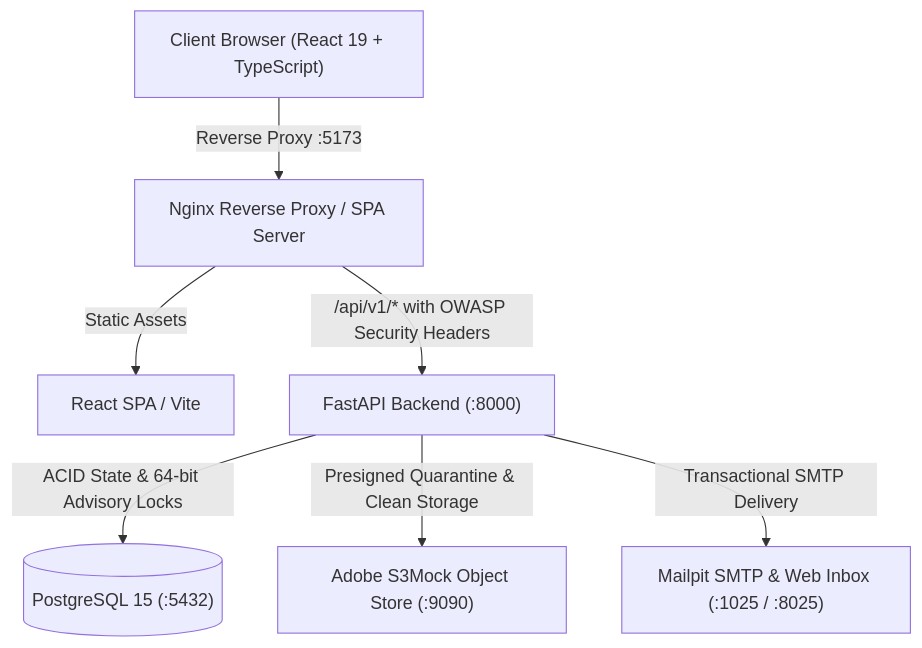
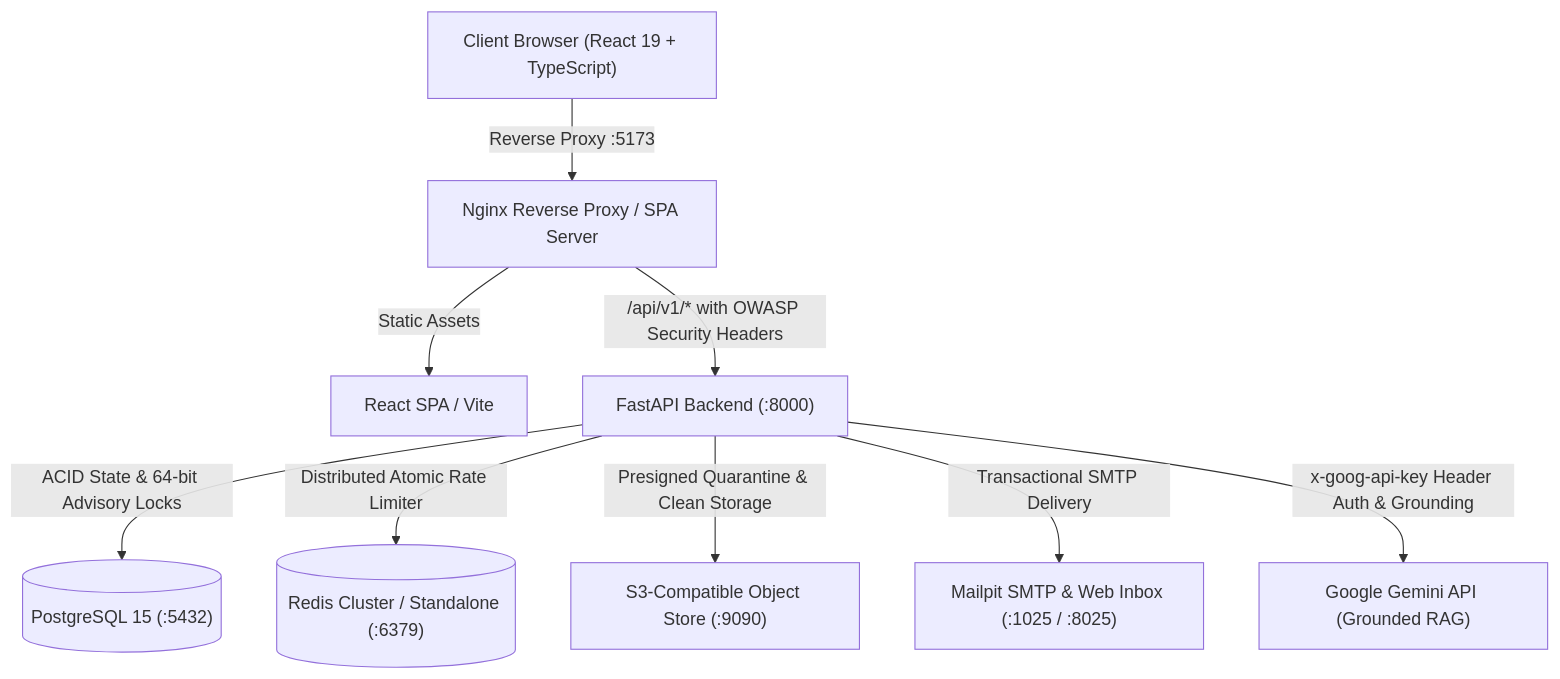
The diagram in README.md (Austin-Joshua/Learn-Flow), drawn with Mermaid before and after one commit. The commit also changed other lines of this file and 23 other files, not shown here.

````diff
--- a/README.md
+++ b/README.md
@@ -17,9 +18,11 @@
 ```mermaid
 graph TD
     Client["Client Browser (React 19 + TypeScript)"] -->|Reverse Proxy :5173| Nginx["Nginx Reverse Proxy / SPA Server"]
     Nginx -->|Static Assets| Frontend["React SPA / Vite"]
     Nginx -->|/api/v1/* with OWASP Security Headers| Backend["FastAPI Backend (:8000)"]
     Backend -->|ACID State & 64-bit Advisory Locks| Postgres[("PostgreSQL 15 (:5432)")]
-    Backend -->|Presigned Quarantine & Clean Storage| S3Mock["Adobe S3Mock Object Store (:9090)"]
+    Backend -->|Distributed Atomic Rate Limiter| Redis[("Redis Cluster / Standalone (:6379)")]
+    Backend -->|Presigned Quarantine & Clean Storage| S3Mock["S3-Compatible Object Store (:9090)"]
     Backend -->|Transactional SMTP Delivery| Mailpit["Mailpit SMTP & Web Inbox (:1025 / :8025)"]
+    Backend -->|x-goog-api-key Header Auth & Grounding| GeminiAPI["Google Gemini API (Grounded RAG)"]
 ```
````
